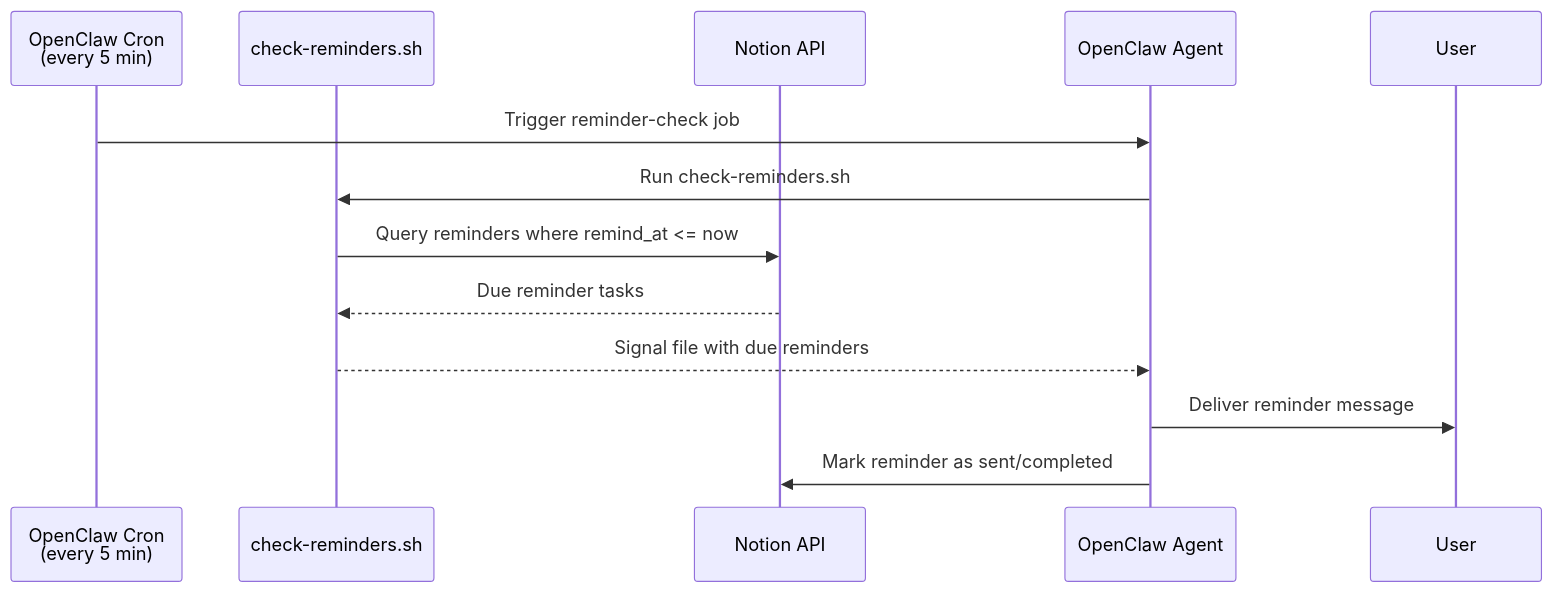
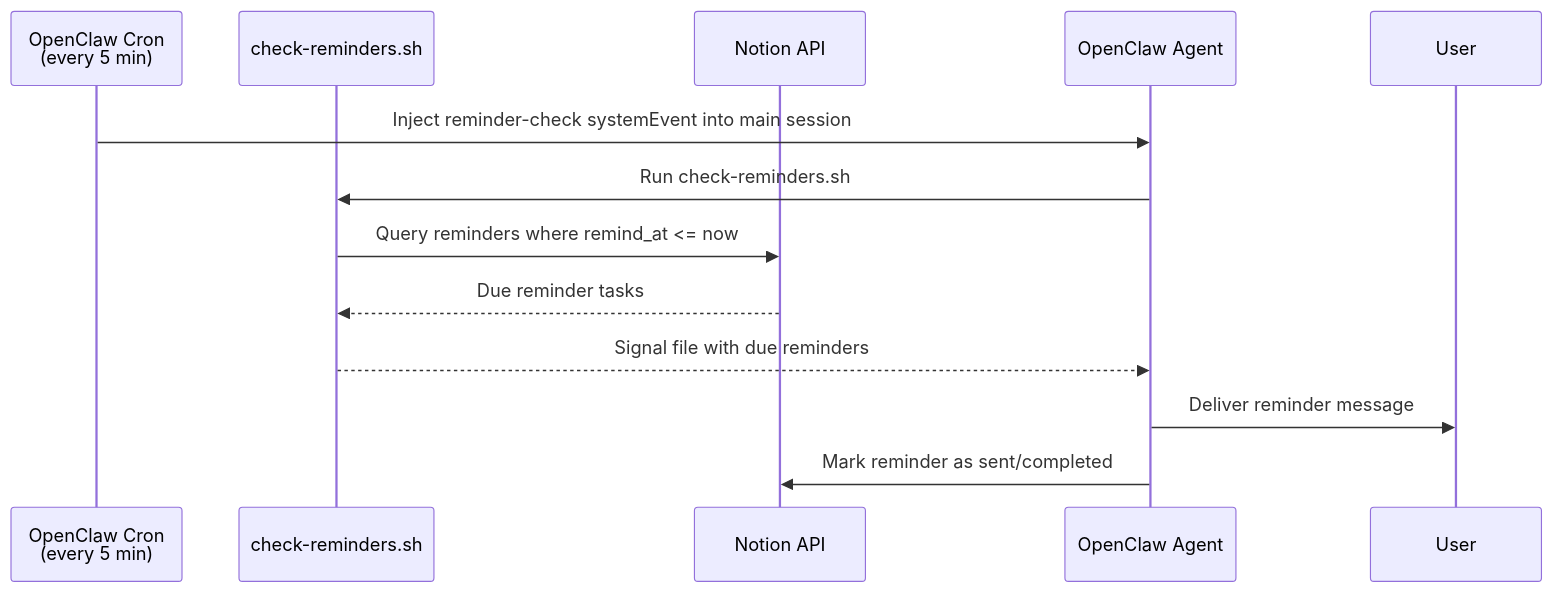
One commit to NickBorgersProbably/hide-my-list changed the fifth of 6 diagrams in docs/architecture.md. Above: the diagram before and after it, drawn with Mermaid. The commit also changed other lines of this file and 7 other files, not shown here.

Commit message:
Fix cron docs for main-session delivery

````diff
--- a/docs/architecture.md
+++ b/docs/architecture.md
@@ -202,16 +202,16 @@
 ```mermaid
 sequenceDiagram
     participant Cron as OpenClaw Cron<br/>(every 5 min)
     participant Script as check-reminders.sh
     participant Notion as Notion API
     participant Agent as OpenClaw Agent
     participant User
 
-    Cron->>Agent: Trigger reminder-check job
+    Cron->>Agent: Inject reminder-check systemEvent into main session
     Agent->>Script: Run check-reminders.sh
     Script->>Notion: Query reminders where remind_at <= now
     Notion-->>Script: Due reminder tasks
     Script-->>Agent: Signal file with due reminders
     Agent->>User: Deliver reminder message
     Agent->>Notion: Mark reminder as sent/completed
 ```
````
